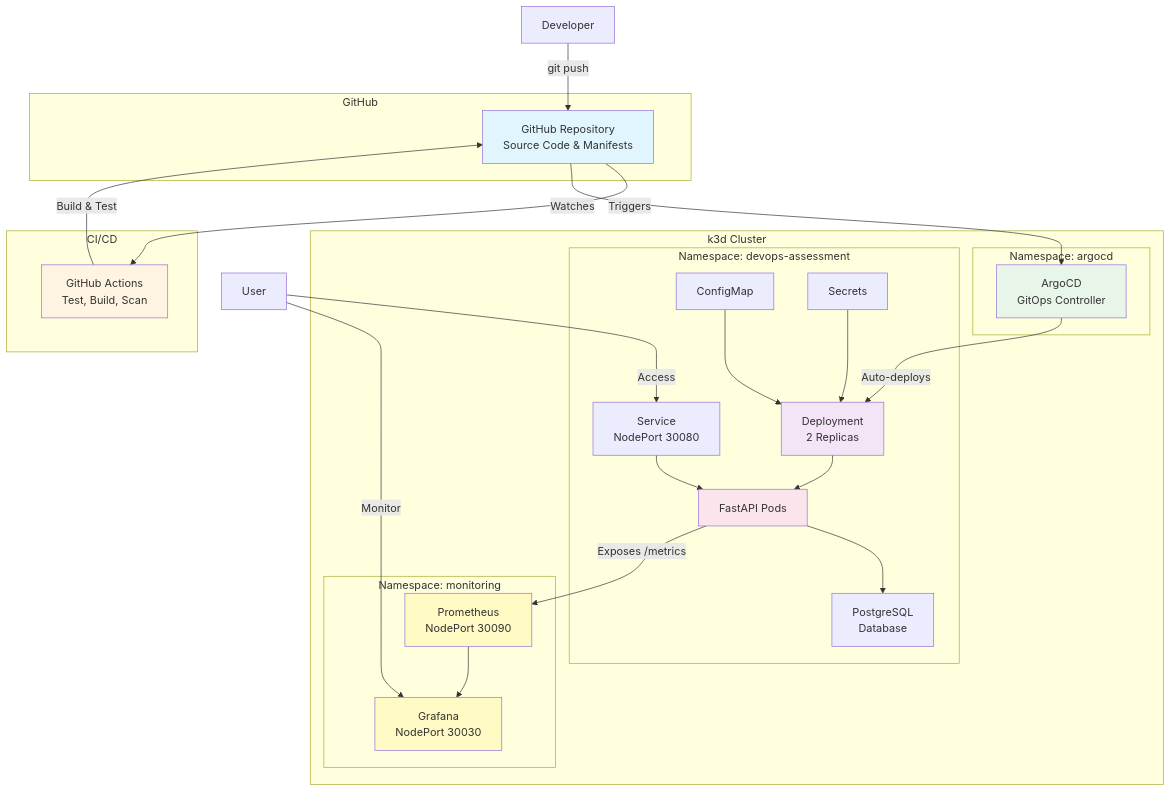
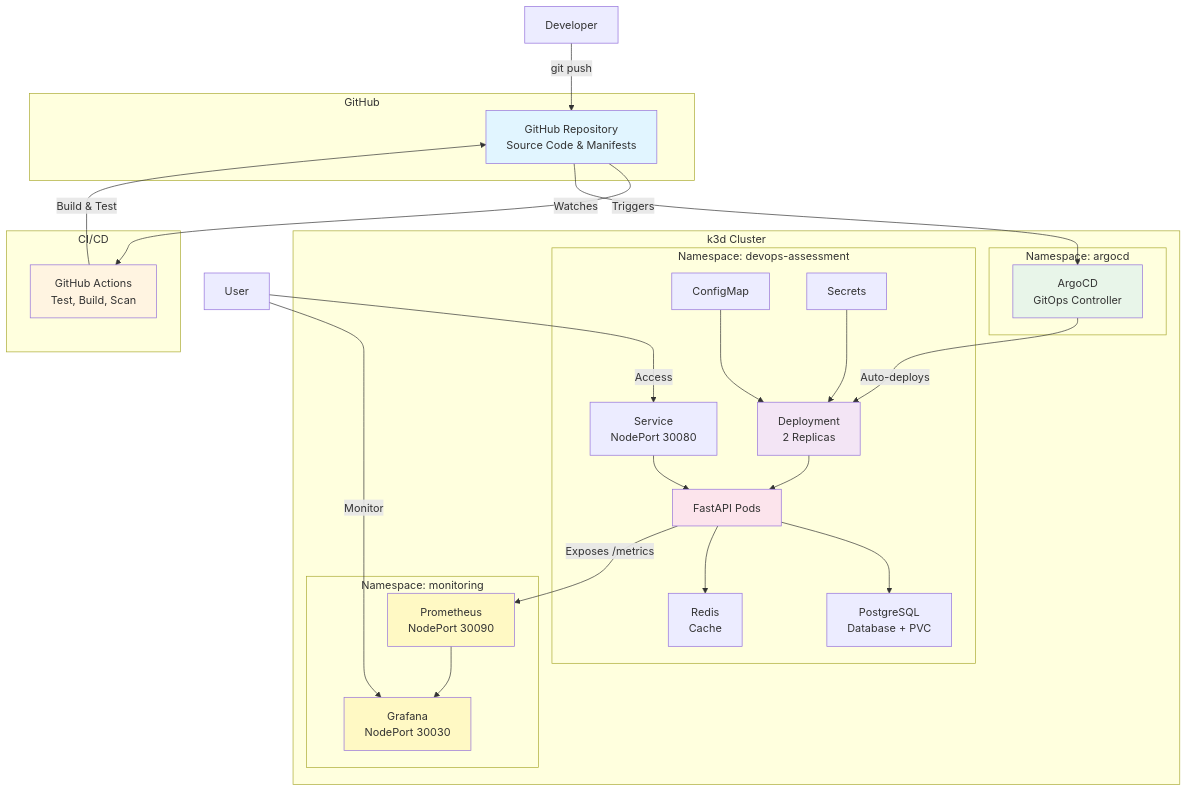
One commit to jardahrazdera/devops-assessment changed the diagram in README.md. Above: the diagram before and after it, drawn with Mermaid. The commit also changed other lines of this file, not shown here.

Commit message:
docs: update README to reflect Redis, PVC, and ArgoCD flag integration

````diff
--- a/README.md
+++ b/README.md
@@ -32,55 +33,57 @@
 ```mermaid
 graph TB
     subgraph "GitHub"
         REPO[GitHub Repository<br/>Source Code & Manifests]
     end
 
     subgraph "CI/CD"
         GHA[GitHub Actions<br/>Test, Build, Scan]
     end
 
     subgraph "k3d Cluster"
         subgraph "Namespace: argocd"
             ARGOCD[ArgoCD<br/>GitOps Controller]
         end
 
         subgraph "Namespace: devops-assessment"
             DEPLOY[Deployment<br/>2 Replicas]
             SVC[Service<br/>NodePort 30080]
             CM[ConfigMap]
             SECRET[Secrets]
             APP[FastAPI Pods]
-            PG[PostgreSQL<br/>Database]
+            PG[PostgreSQL<br/>Database + PVC]
+            REDIS[Redis<br/>Cache]
 
             CM --> DEPLOY
             SECRET --> DEPLOY
             DEPLOY --> APP
             SVC --> APP
             APP --> PG
+            APP --> REDIS
         end
 
         subgraph "Namespace: monitoring"
             PROM[Prometheus<br/>NodePort 30090]
             GRAFANA[Grafana<br/>NodePort 30030]
 
             PROM --> GRAFANA
         end
     end
 
     DEV[Developer] -->|git push| REPO
     REPO -->|Triggers| GHA
     GHA -->|Build & Test| REPO
     REPO -->|Watches| ARGOCD
     ARGOCD -->|Auto-deploys| DEPLOY
     APP -->|Exposes /metrics| PROM
     USER[User] -->|Access| SVC
     USER -->|Monitor| GRAFANA
 
     style REPO fill:#e1f5ff
     style GHA fill:#fff4e1
     style ARGOCD fill:#e8f5e9
     style DEPLOY fill:#f3e5f5
     style APP fill:#fce4ec
     style PROM fill:#fff9c4
     style GRAFANA fill:#fff9c4
 ```
````
